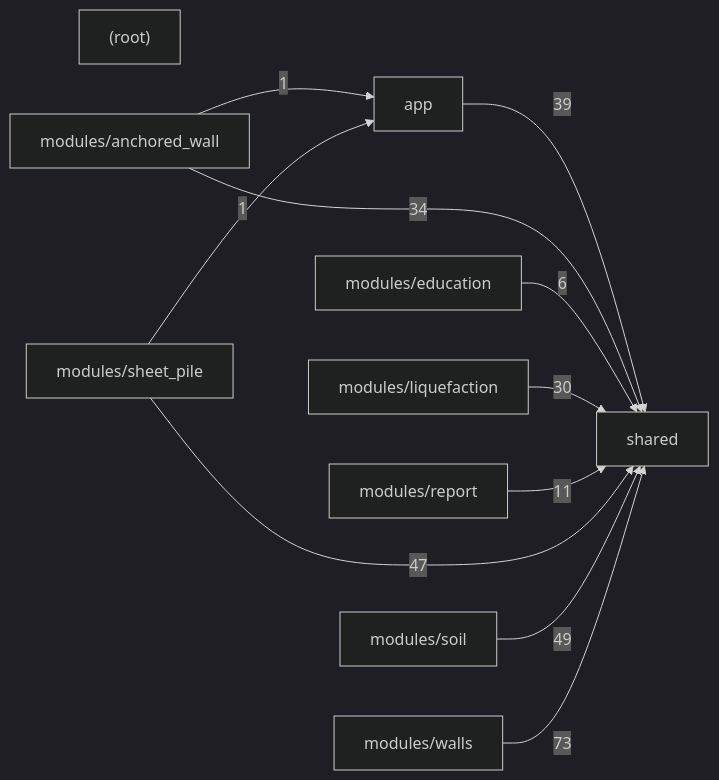
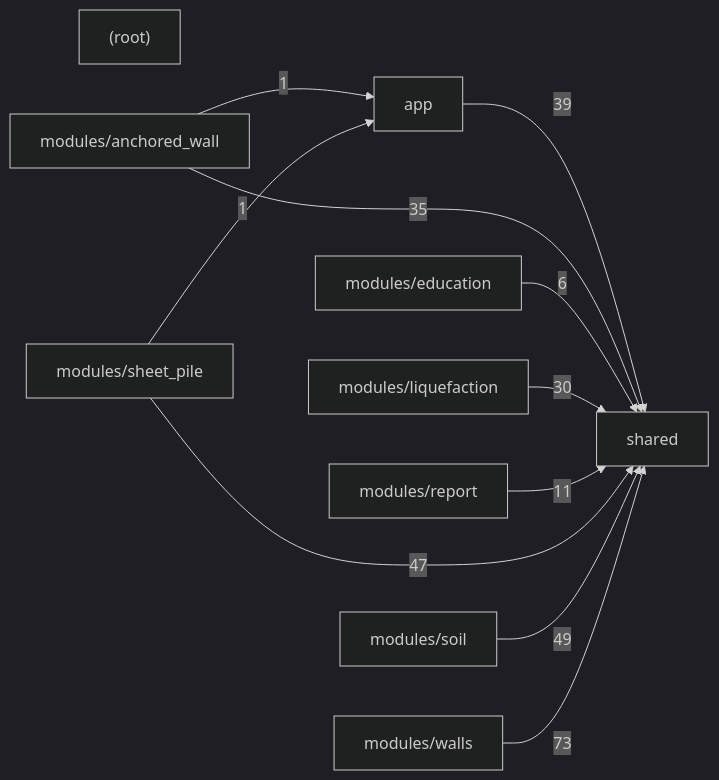
Before and after one commit to umutsertkaya/Foundation_Engineering_Program: the second of 2 diagrams in docs/CODE_MAP.md, drawn with Mermaid (dark theme). The commit also changed other lines of this file and 19 other files, not shown here.

````diff
--- a/docs/CODE_MAP.md
+++ b/docs/CODE_MAP.md
@@ -648,23 +648,23 @@
 ```mermaid
 graph LR
   _root_["(root)"]
   app["app"]
   modules_anchored_wall["modules/anchored_wall"]
   modules_education["modules/education"]
   modules_liquefaction["modules/liquefaction"]
   modules_report["modules/report"]
   modules_sheet_pile["modules/sheet_pile"]
   modules_soil["modules/soil"]
   modules_walls["modules/walls"]
   shared["shared"]
   app -->|39| shared
   modules_anchored_wall -->|1| app
-  modules_anchored_wall -->|34| shared
+  modules_anchored_wall -->|35| shared
   modules_education -->|6| shared
   modules_liquefaction -->|30| shared
   modules_report -->|11| shared
   modules_sheet_pile -->|1| app
   modules_sheet_pile -->|47| shared
   modules_soil -->|49| shared
   modules_walls -->|73| shared
 ```
````
